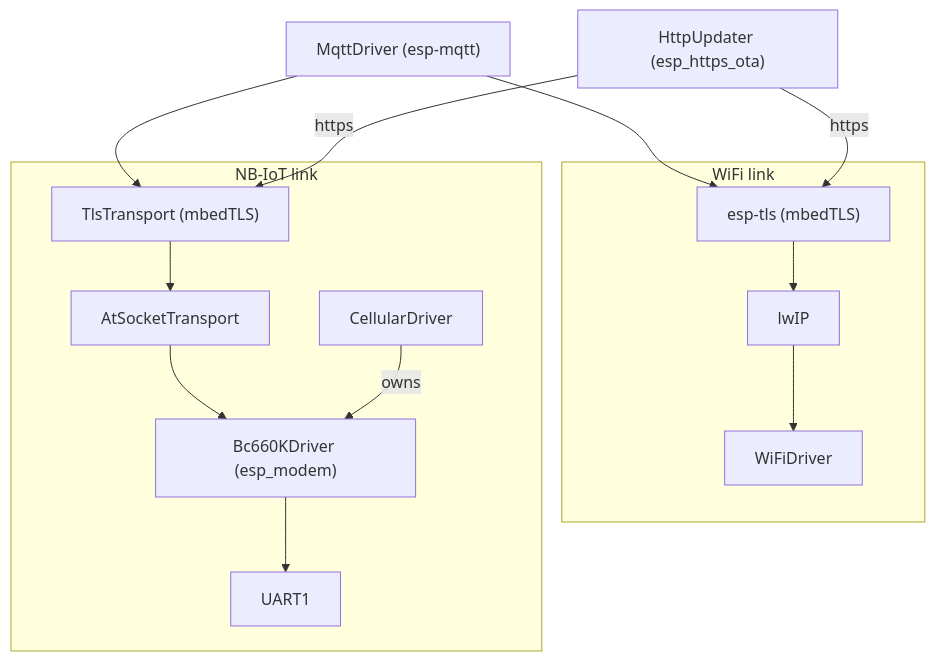
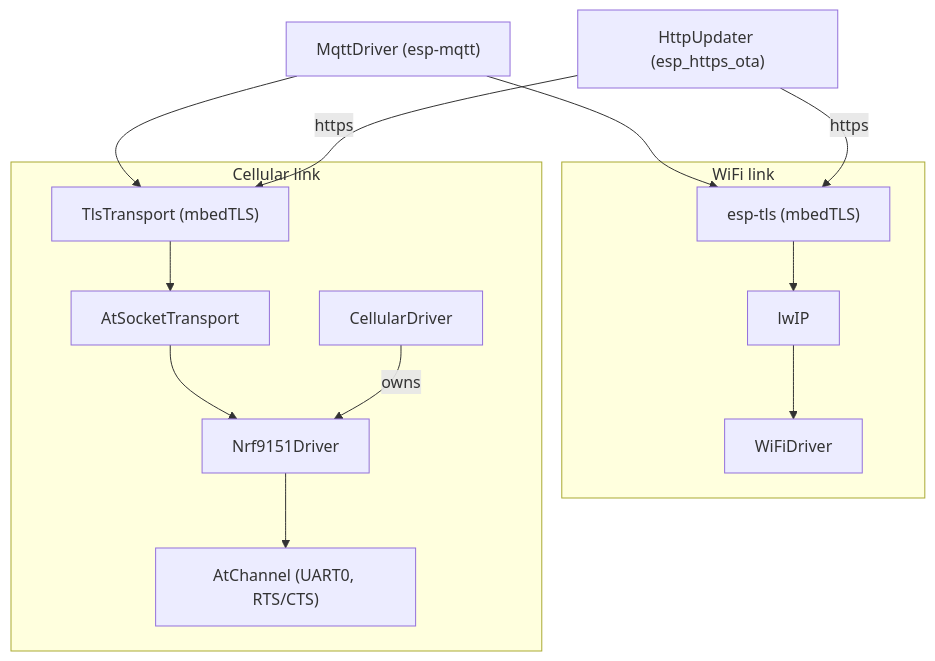
One commit to cornucopia-machines/ugly-duckling-firmware changed the diagram in docs/Connectivity.md. Above: the diagram before and after it, drawn with Mermaid. The commit also changed other lines of this file and 40 other files, not shown here.

````diff
--- a/docs/Connectivity.md
+++ b/docs/Connectivity.md
@@ -19,25 +21,25 @@
 ```mermaid
 graph TB
     MQTT["MqttDriver (esp-mqtt)"]
     OTA["HttpUpdater (esp_https_ota)"]
 
     subgraph WiFi link
         ESPTLS["esp-tls (mbedTLS)"]
         LWIP["lwIP"]
         WIFI["WiFiDriver"]
     end
 
-    subgraph NB-IoT link
+    subgraph Cellular link
         TLS["TlsTransport (mbedTLS)"]
         SOCK["AtSocketTransport"]
         CELL["CellularDriver"]
-        BC["Bc660KDriver (esp_modem)"]
-        UART["UART1"]
+        NRF["Nrf9151Driver"]
+        CHAN["AtChannel (UART0, RTS/CTS)"]
     end
 
     MQTT --> ESPTLS --> LWIP --> WIFI
     OTA -->|https| ESPTLS
-    MQTT --> TLS --> SOCK --> BC --> UART
+    MQTT --> TLS --> SOCK --> NRF --> CHAN
     OTA -->|https| TLS
-    CELL -->|owns| BC
+    CELL -->|owns| NRF
 ```
````
